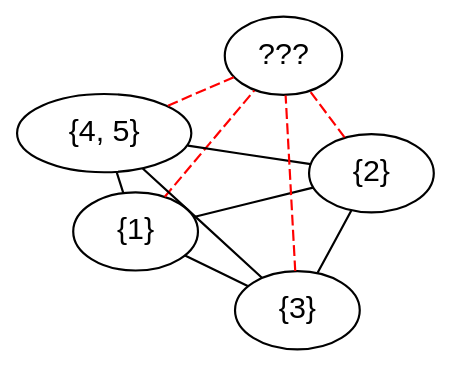
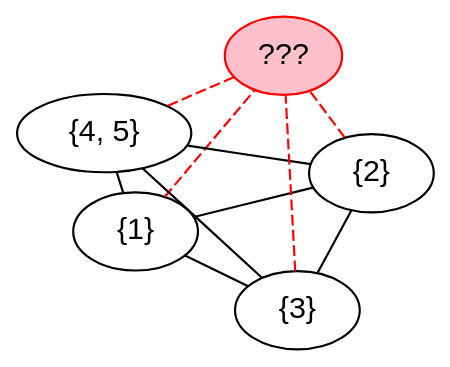
The diagram in media/SetPartitioning/Recovery.dot (lvh/DistributedSystems101), drawn with Graphviz before and after one commit. The commit also changed 3 other files, not shown here.

```diff
--- a/media/SetPartitioning/Recovery.dot
+++ b/media/SetPartitioning/Recovery.dot
@@ -1,25 +1,25 @@
 graph {
         bgcolor="transparent";
         node [fontname="Helvetica"];
         layout=fdp;
 
         A [label="{1}"];
         B [label="{2}"];
         C [label="{3}"];
         D [label="{4, 5}"];
-        E [label="???"];        
-
+        E [label="???", style=filled,color=red,fillcolor="Pink"];        
+        
         A -- B -- C -- D;
         A -- C;
         A -- D;
         B -- D;             
 
         {
                 edge [color=red, style=dashed];
 
                 A -- E;
                 B -- E;
                 C -- E;
                 D -- E;                
         }
 }
```
